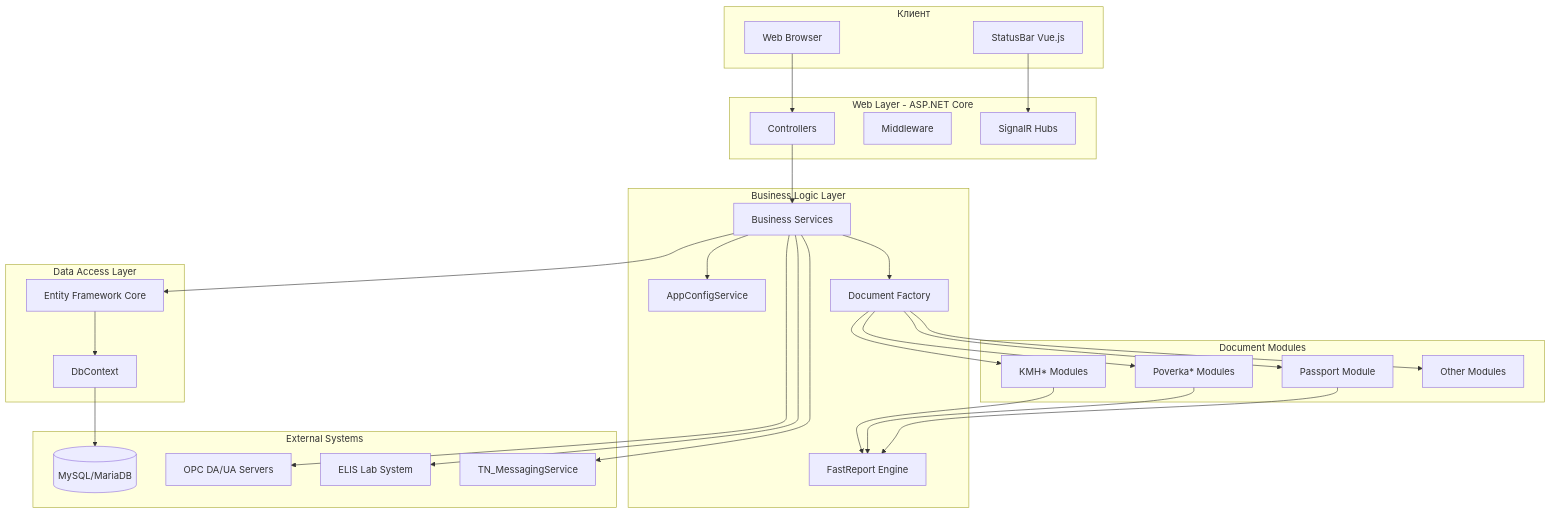
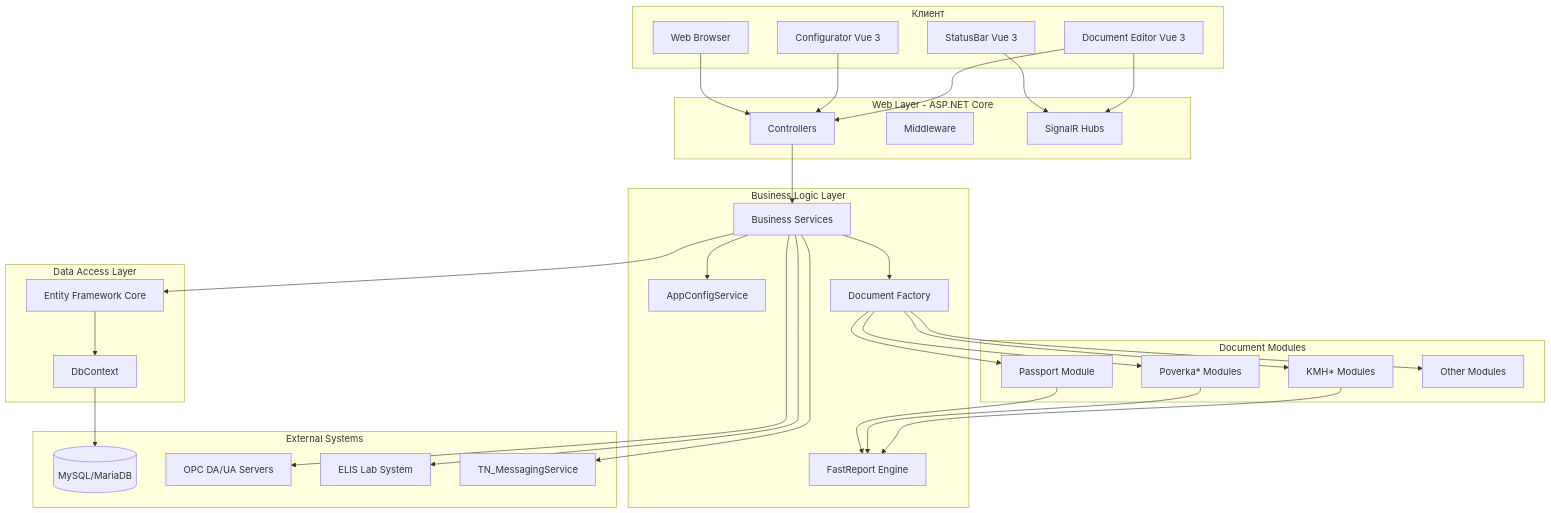
Before and after one commit to tn-ivk/tn-doc: the first of 17 diagrams in docs/architecture/overview.md, drawn with Mermaid. The commit also changed other lines of this file and 12 other files, not shown here.

````diff
--- a/docs/architecture/overview.md
+++ b/docs/architecture/overview.md
@@ -9,58 +18,63 @@
 ```mermaid
 graph TB
     subgraph "Клиент"
         Browser[Web Browser]
-        StatusBar[StatusBar Vue.js]
+        StatusBar[StatusBar Vue 3]
+        Configurator[Configurator Vue 3]
+        DocumentEditor[Document Editor Vue 3]
     end
 
     subgraph "Web Layer - ASP.NET Core"
         Controllers[Controllers]
         Middleware[Middleware]
         SignalR[SignalR Hubs]
     end
 
     subgraph "Business Logic Layer"
         AppConfig[AppConfigService]
         DocFactory[Document Factory]
         Services[Business Services]
         FastReport[FastReport Engine]
     end
 
     subgraph "Data Access Layer"
         EF[Entity Framework Core]
         DbContext[DbContext]
     end
 
     subgraph "Document Modules"
         Passport[Passport Module]
         Poverka[Poverka* Modules]
         KMH[KMH* Modules]
         Other[Other Modules]
     end
 
     subgraph "External Systems"
         MySQL[(MySQL/MariaDB)]
         OPC[OPC DA/UA Servers]
         ELIS[ELIS Lab System]
         MessagingService[TN_MessagingService]
     end
 
     Browser --> Controllers
     StatusBar --> SignalR
+    Configurator --> Controllers
+    DocumentEditor --> Controllers
+    DocumentEditor --> SignalR
     Controllers --> Services
     Services --> AppConfig
     Services --> DocFactory
     DocFactory --> Passport
     DocFactory --> Poverka
     DocFactory --> KMH
     DocFactory --> Other
     Passport --> FastReport
     Poverka --> FastReport
     KMH --> FastReport
     Services --> EF
     EF --> DbContext
     DbContext --> MySQL
     Services --> OPC
     Services --> ELIS
     Services --> MessagingService
 ```
````
